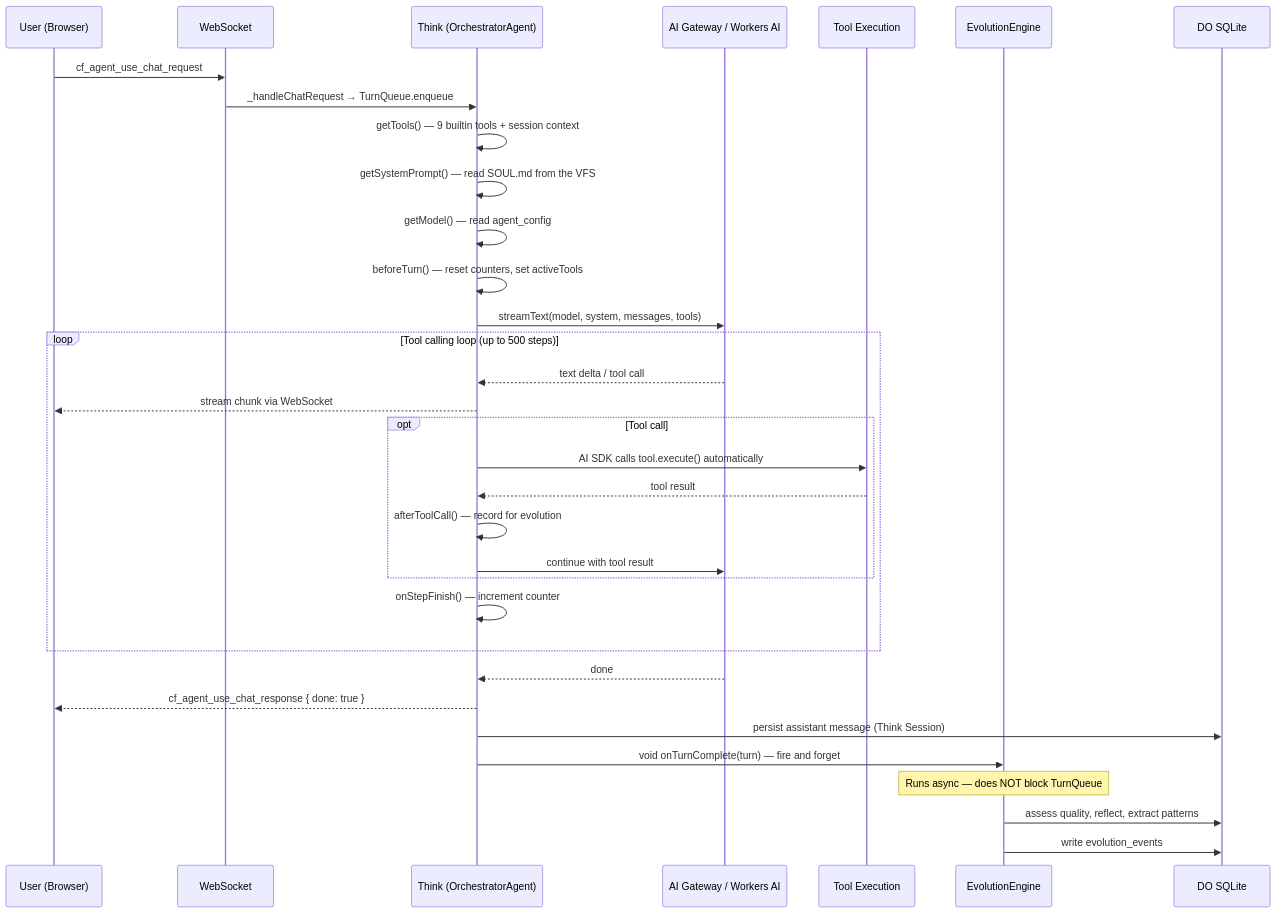
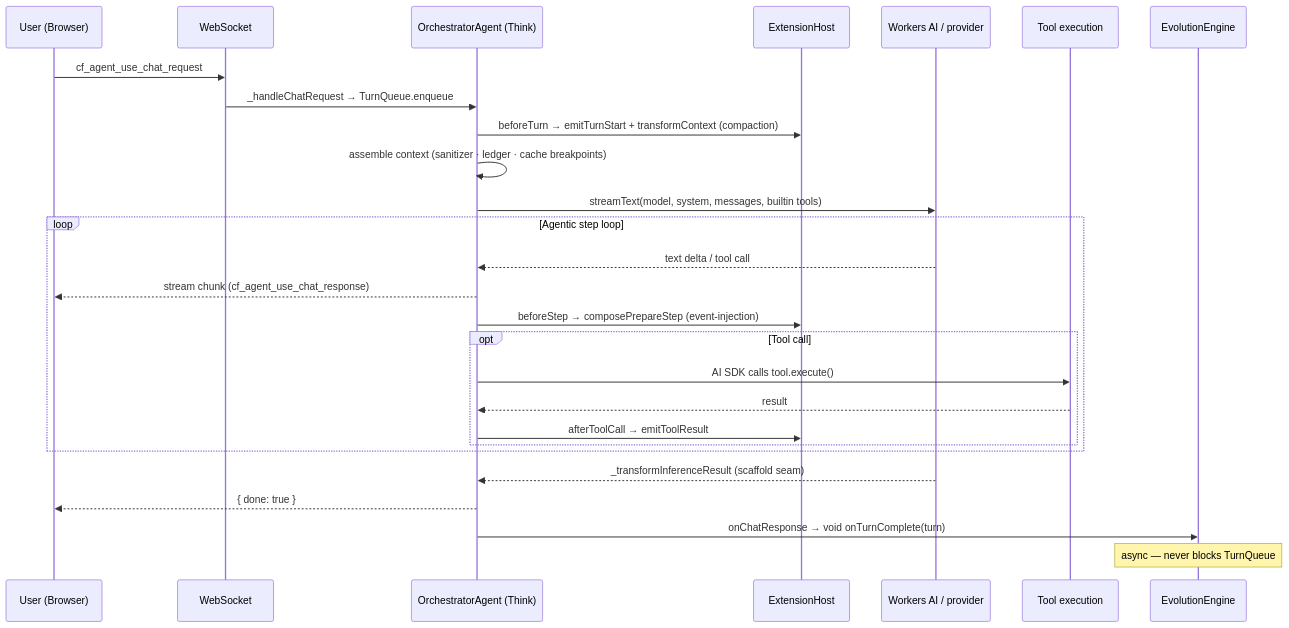
Before and after one commit to AshishKumar4/kinu: the fourth of 5 diagrams in docs/ARCHITECTURE.md, drawn with Mermaid. The commit also changed other lines of this file and 766 other files, not shown here.

````diff
--- a/docs/ARCHITECTURE.md
+++ b/docs/ARCHITECTURE.md
@@ -75,36 +218,30 @@
 ```mermaid
 sequenceDiagram
     participant U as User (Browser)
     participant WS as WebSocket
-    participant T as Think (OrchestratorAgent)
-    participant LLM as AI Gateway / Workers AI
-    participant Tools as Tool Execution
+    participant T as OrchestratorAgent (Think)
+    participant X as ExtensionHost
+    participant LLM as Workers AI / provider
+    participant Tools as Tool execution
     participant Evo as EvolutionEngine
-    participant DB as DO SQLite
 
     U->>WS: cf_agent_use_chat_request
     WS->>T: _handleChatRequest → TurnQueue.enqueue
-    T->>T: getTools() — 9 builtin tools + session context
-    T->>T: getSystemPrompt() — read SOUL.md from the VFS
-    T->>T: getModel() — read agent_config
-    T->>T: beforeTurn() — reset counters, set activeTools
-    T->>LLM: streamText(model, system, messages, tools)
-    loop Tool calling loop (up to 500 steps)
+    T->>X: beforeTurn → emitTurnStart + transformContext (compaction)
+    T->>T: assemble context (sanitizer · ledger · cache breakpoints)
+    T->>LLM: streamText(model, system, messages, builtin tools)
+    loop Agentic step loop
         LLM-->>T: text delta / tool call
-        T-->>U: stream chunk via WebSocket
+        T-->>U: stream chunk (cf_agent_use_chat_response)
+        T->>X: beforeStep → composePrepareStep (event-injection)
         opt Tool call
-            T->>Tools: AI SDK calls tool.execute() automatically
-            Tools-->>T: tool result
-            T->>T: afterToolCall() — record for evolution
-            T->>LLM: continue with tool result
+            T->>Tools: AI SDK calls tool.execute()
+            Tools-->>T: result
+            T->>X: afterToolCall → emitToolResult
         end
-        T->>T: onStepFinish() — increment counter
     end
-    LLM-->>T: done
-    T-->>U: cf_agent_use_chat_response { done: true }
-    T->>DB: persist assistant message (Think Session)
-    T->>Evo: void onTurnComplete(turn) — fire and forget
-    Note over Evo: Runs async — does NOT block TurnQueue
-    Evo->>DB: assess quality, reflect, extract patterns
-    Evo->>DB: write evolution_events
+    LLM-->>T: _transformInferenceResult (scaffold seam)
+    T-->>U: { done: true }
+    T->>Evo: onChatResponse → void onTurnComplete(turn)
+    Note over Evo: async — never blocks TurnQueue
 ```
````
